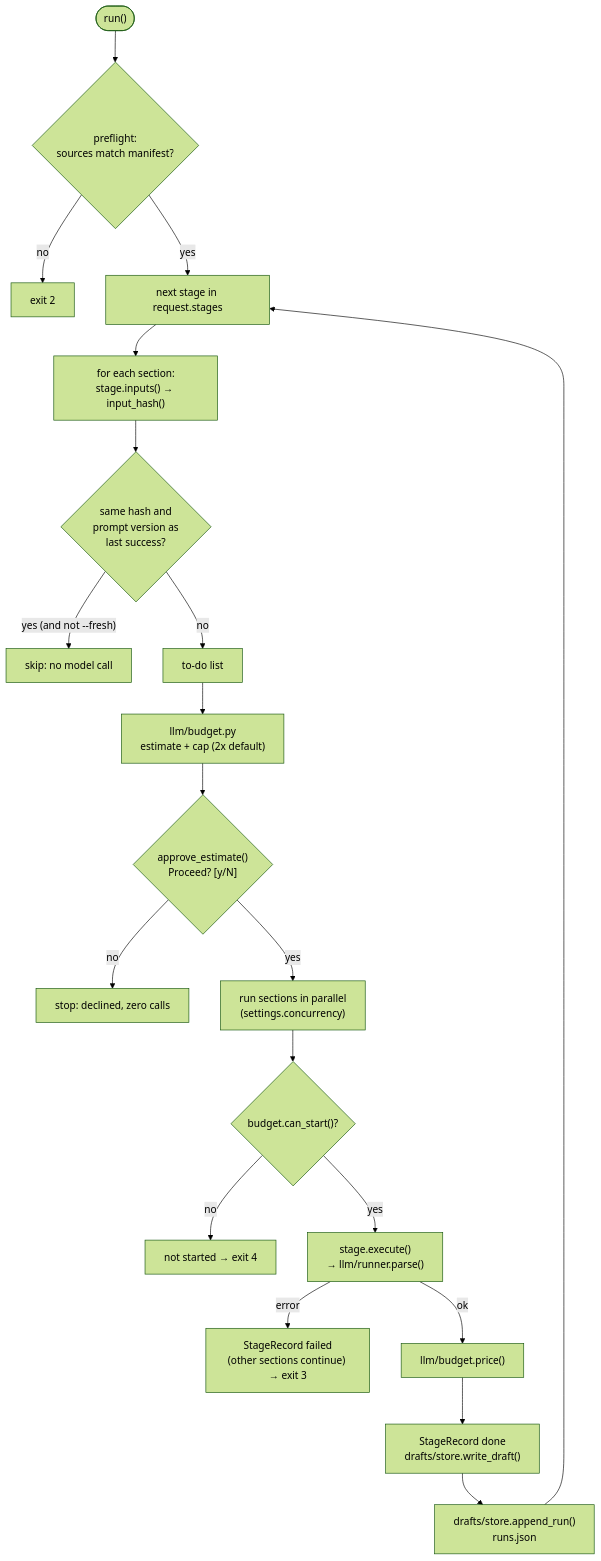
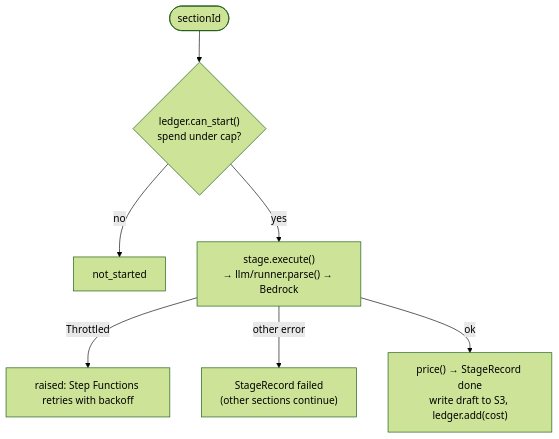
Before and after one commit to austin-english/thinkBible: the second of 2 diagrams in pipeline/src/thinkbible_pipeline/README.md, drawn with Mermaid (forest theme). The commit also changed other lines of this file and 46 other files, not shown here.

Commit message:
pipeline: cloud runs on Step Functions + Lambda (T087-T094) and infra: storage and pipeline modules, dev env (T037, T093)

````diff
--- a/pipeline/src/thinkbible_pipeline/README.md
+++ b/pipeline/src/thinkbible_pipeline/README.md
@@ -35,22 +39,9 @@
 ```mermaid
 flowchart TD
-    START(["run()"]) --> PF{"preflight:<br/>sources match manifest?"}
-    PF -- no --> X2["exit 2"]
-    PF -- yes --> NEXT["next stage in request.stages"]
-    NEXT --> HASH["for each section:<br/>stage.inputs() → input_hash()"]
-    HASH --> SKIP{"same hash and<br/>prompt version as<br/>last success?"}
-    SKIP -- "yes (and not --fresh)" --> SKIPPED["skip: no model call"]
-    SKIP -- no --> TODO["to-do list"]
-    TODO --> EST["llm/budget.py<br/>estimate + cap (2x default)"]
-    EST --> OK{"approve_estimate()<br/>Proceed? [y/N]"}
-    OK -- no --> DECLINED["stop: declined, zero calls"]
-    OK -- yes --> POOL["run sections in parallel<br/>(settings.concurrency)"]
-    POOL --> CAP{"budget.can_start()?"}
-    CAP -- no --> NOTSTARTED["not started → exit 4"]
-    CAP -- yes --> EXEC["stage.execute()<br/>→ llm/runner.parse()"]
-    EXEC -- error --> FAILED["StageRecord failed<br/>(other sections continue) → exit 3"]
-    EXEC -- ok --> PRICE["llm/budget.price()"]
-    PRICE --> WRITE["StageRecord done<br/>drafts/store.write_draft()"]
-    WRITE --> RUNS["drafts/store.append_run()<br/>runs.json"]
-    RUNS --> NEXT
+    IN(["sectionId"]) --> CAP{"ledger.can_start()<br/>spend under cap?"}
+    CAP -- no --> NS["not_started"]
+    CAP -- yes --> EXEC["stage.execute()<br/>→ llm/runner.parse() → Bedrock"]
+    EXEC -- "Throttled" --> RETRY["raised: Step Functions retries with backoff"]
+    EXEC -- "other error" --> FAIL["StageRecord failed<br/>(other sections continue)"]
+    EXEC -- ok --> SAVE["price() → StageRecord done<br/>write draft to S3, ledger.add(cost)"]
 ```
````
